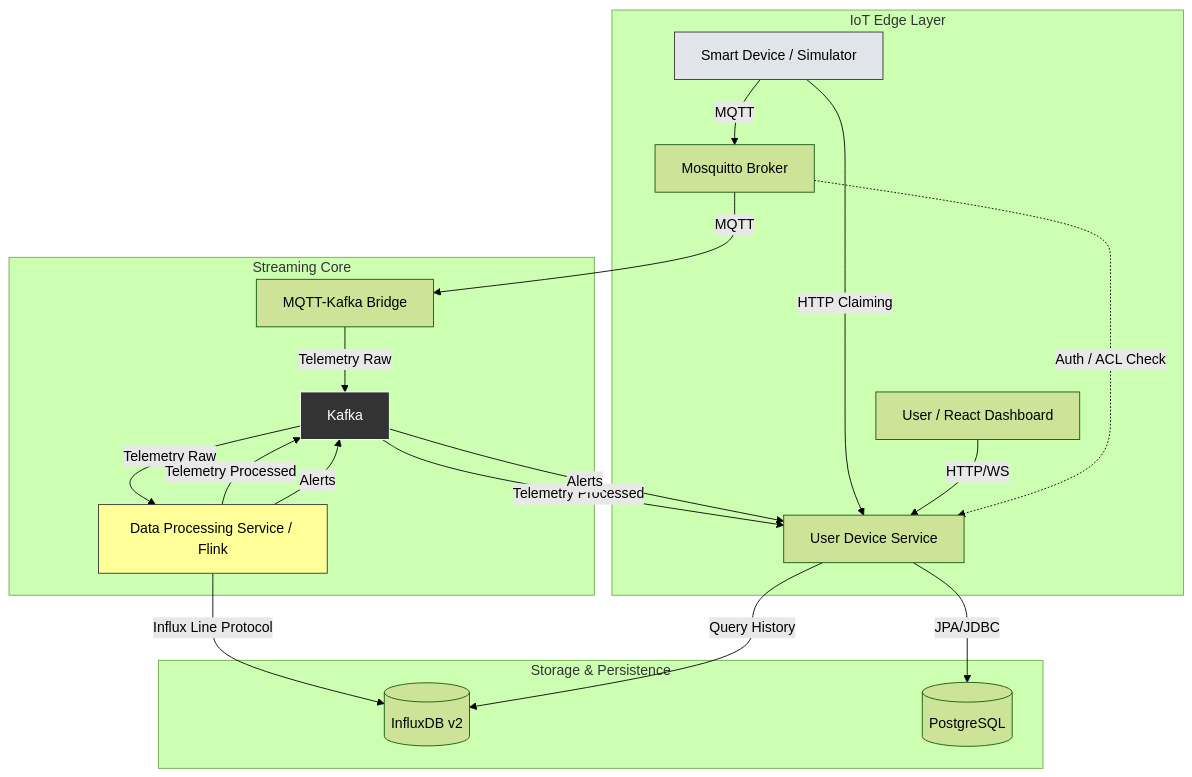
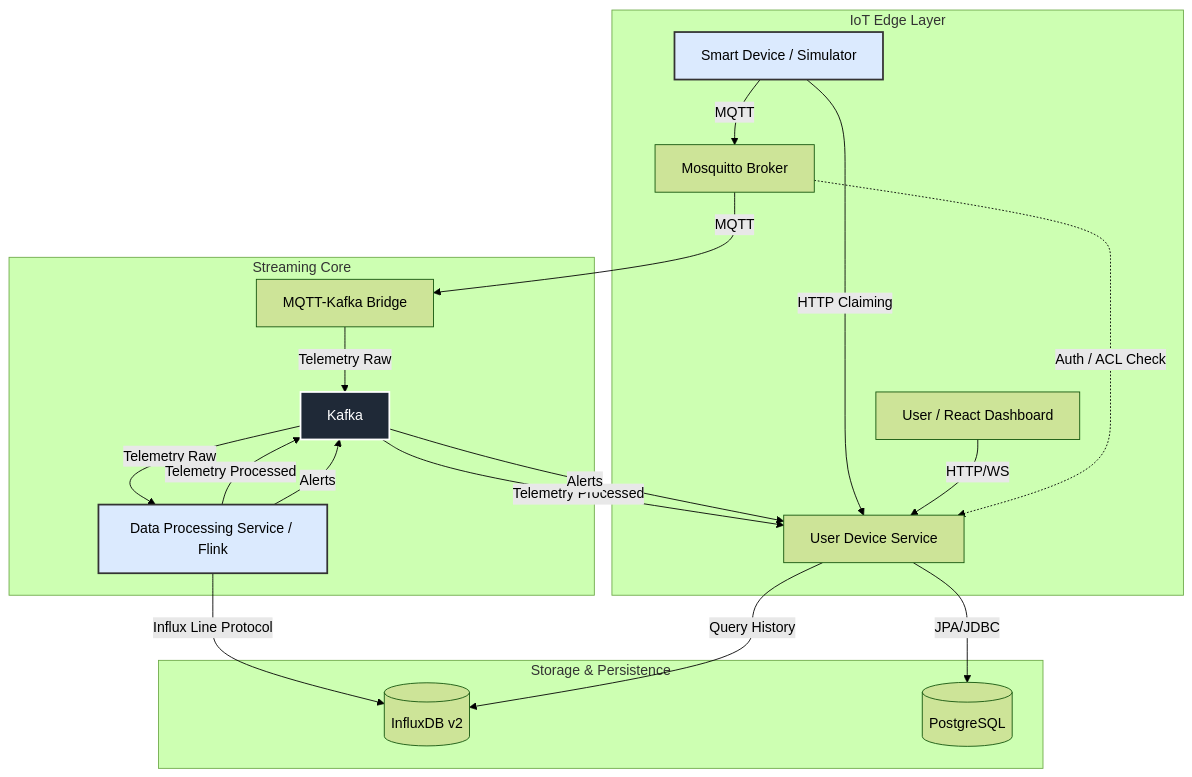
One commit to ValeriiBurdulenko/Smart-IoT-Dashboard changed the diagram in README.md. Above: the diagram before and after it, drawn with Mermaid (forest theme).

Commit message:
Modify styles for Device, DPS, and Kafka
Updated styles for Device, DPS, and Kafka in the diagram.

````diff
--- a/README.md
+++ b/README.md
@@ -23,29 +23,30 @@
 ```mermaid
 graph TD
     subgraph Edge_Layer [IoT Edge Layer]
         Device[Smart Device / Simulator] -- MQTT --> Mosquitto[Mosquitto Broker]
         Device -- HTTP Claiming --> APIGateway
         User[User / React Dashboard] -- HTTP/WS --> APIGateway[User Device Service]
     end
 
     subgraph Streaming_Core [Streaming Core]
         Mosquitto -. Auth / ACL Check .-> APIGateway
         Mosquitto -- MQTT --> Bridge[MQTT-Kafka Bridge]
         Bridge -- Telemetry Raw --> Kafka
         Kafka -- Telemetry Raw --> DPS[Data Processing Service / Flink]
         DPS -- Telemetry Processed --> Kafka
         DPS -- Alerts --> Kafka
     end
 
     subgraph Storage_Layer [Storage & Persistence]
         DPS -- Influx Line Protocol --> InfluxDB[(InfluxDB v2)]
         APIGateway -- JPA/JDBC --> Postgres[(PostgreSQL)]
         APIGateway -- Query History --> InfluxDB
         Kafka -- Telemetry Processed --> APIGateway
         Kafka -- Alerts --> APIGateway
     end
 
-    style Device fill:#e1e4e8,stroke:#333
-    style DPS fill:#ff9,stroke:#333
-    style Kafka fill:#333,stroke:#fff,color:#fff
+    style Device fill:#dbeafe,stroke:#333,stroke-width:2px,color:#000
+    style DPS fill:#dbeafe,stroke:#333,stroke-width:2px,color:#000
+
+    style Kafka fill:#1f2937,stroke:#fff,stroke-width:2px,color:#fff
 ```
````
